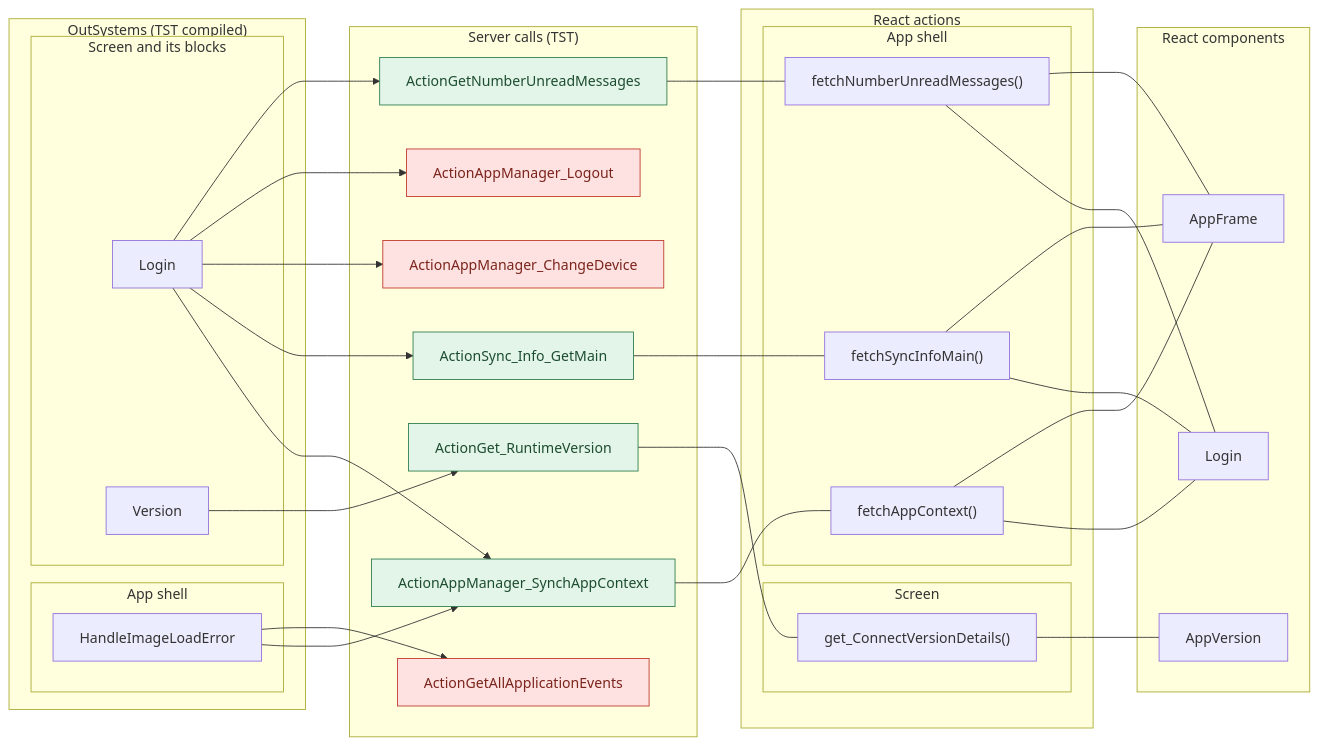
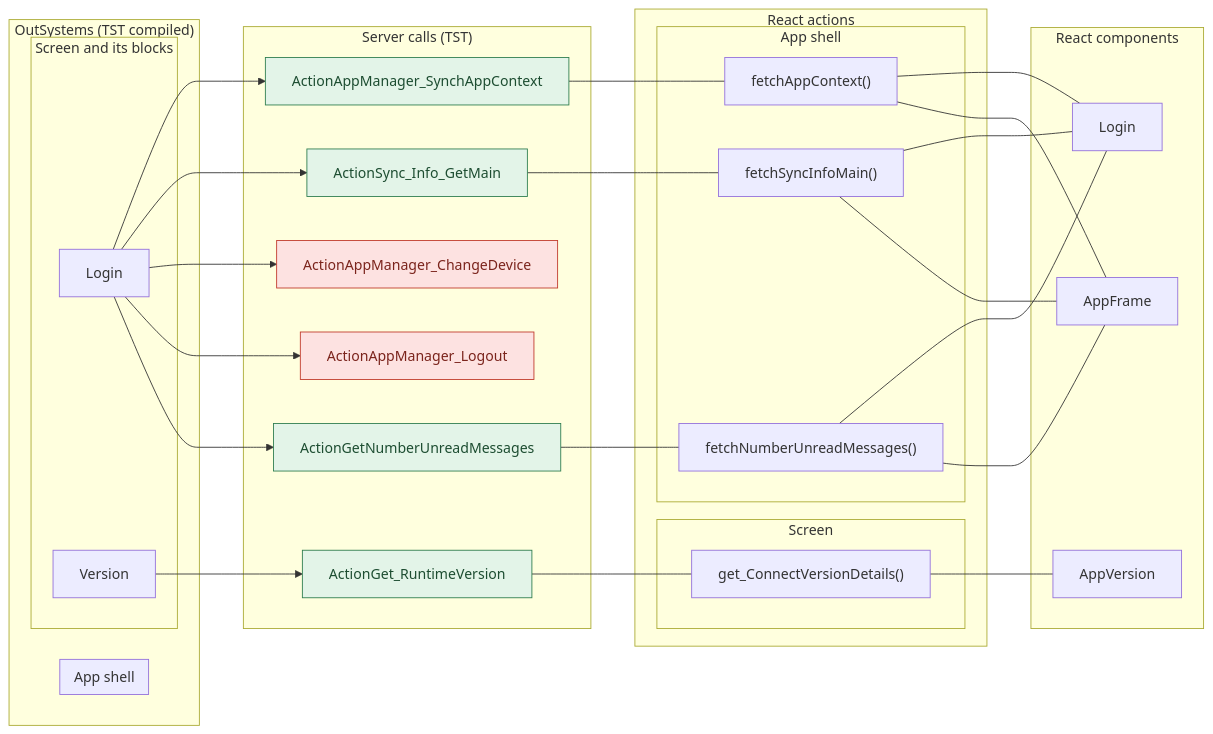
One commit to Phoenix-DX/connect-new-ui changed the first of 2 diagrams in migration/route-actions/Login.md. Above: the diagram before and after it, drawn with Mermaid. The commit also changed other lines of this file and 51 other files, not shown here.

Commit message:
route actions: route files keep only the route; APP_SHELL.md merges the app shell (layout, app start, bottom bar, PIN lock, shared dialogs) from the checked routes; one user action diagram per branch

````diff
--- a/migration/route-actions/Login.md
+++ b/migration/route-actions/Login.md
@@ -48,59 +53,55 @@
 ```mermaid
 flowchart LR
   subgraph OS["OutSystems (TST compiled)"]
     subgraph OS_shell["App shell"]
-      o0["HandleImageLoadError"]
     end
     subgraph OS_screen["Screen and its blocks"]
-      o1["Login"]
-      o2["Version"]
+      o0["Login"]
+      o1["Version"]
     end
   end
   subgraph EP["Server calls (TST)"]
-    e3["ActionAppManager_SynchAppContext"]
-    e4["ActionSync_Info_GetMain"]
-    e5["ActionGet_RuntimeVersion"]
-    e6["ActionAppManager_ChangeDevice"]
-    e7["ActionAppManager_Logout"]
-    e8["ActionGetAllApplicationEvents"]
-    e9["ActionGetNumberUnreadMessages"]
+    e2["ActionAppManager_SynchAppContext"]
+    e3["ActionSync_Info_GetMain"]
+    e4["ActionGet_RuntimeVersion"]
+    e5["ActionAppManager_ChangeDevice"]
+    e6["ActionAppManager_Logout"]
+    e7["ActionGetNumberUnreadMessages"]
   end
   subgraph RE["React actions"]
     subgraph RE_shell["App shell"]
-      r10["fetchAppContext()"]
-      r11["fetchNumberUnreadMessages()"]
-      r12["fetchSyncInfoMain()"]
+      r8["fetchAppContext()"]
+      r9["fetchNumberUnreadMessages()"]
+      r10["fetchSyncInfoMain()"]
     end
     subgraph RE_page["Screen"]
-      r13["get_ConnectVersionDetails()"]
+      r11["get_ConnectVersionDetails()"]
     end
   end
   subgraph RC["React components"]
-    c14["AppFrame"]
-    c15["AppVersion"]
-    c16["Login"]
+    c12["AppFrame"]
+    c13["AppVersion"]
+    c14["Login"]
   end
-  r10 --- c16
-  r11 --- c16
-  r12 --- c16
+  r8 --- c14
+  r9 --- c14
   r10 --- c14
-  r11 --- c14
-  r12 --- c14
-  r13 --- c15
+  r8 --- c12
+  r9 --- c12
+  r10 --- c12
+  r11 --- c13
+  o0 --> e2
   o0 --> e3
-  o0 --> e8
-  o1 --> e3
+  o0 --> e5
+  o0 --> e6
+  o0 --> e7
   o1 --> e4
-  o1 --> e6
-  o1 --> e7
-  o1 --> e9
-  o2 --> e5
+  e2 --- r8
   e3 --- r10
-  e4 --- r12
-  e5 --- r13
-  e9 --- r11
+  e4 --- r11
+  e7 --- r9
   classDef missing fill:#fde2e1,stroke:#c0392b,color:#7b241c
   classDef ok fill:#e3f4e8,stroke:#2e7d4f,color:#1d4d31
-  class e6,e7,e8 missing
-  class e3,e4,e5,e9 ok
+  class e5,e6 missing
+  class e2,e3,e4,e7 ok
 ```
````
